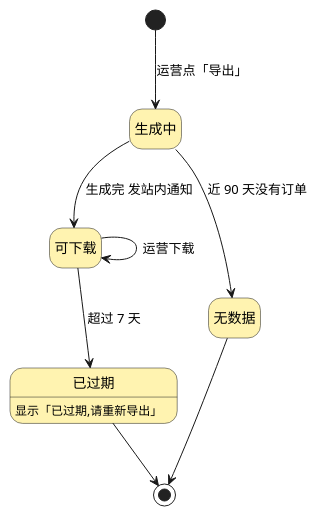
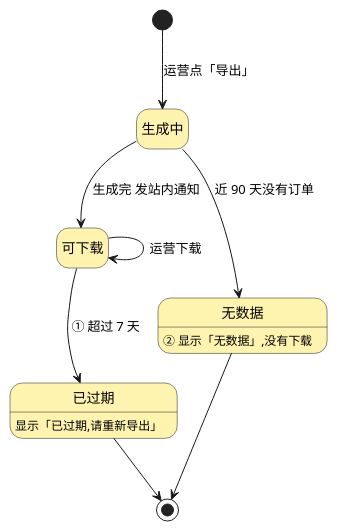
One commit to smdnkB/cgraphx changed diagram 11 of 11 in docs/features/2026-10-31-流程中澄清环节的功能点展示模式探索/流程中澄清环节的功能点展示模式探索-spec.md. Above: the diagram before and after it, drawn with PlantUML. The commit also changed other lines of this file, not shown here.

````diff
--- a/docs/features/2026-10-31-流程中澄清环节的功能点展示模式探索/流程中澄清环节的功能点展示模式探索-spec.md
+++ b/docs/features/2026-10-31-流程中澄清环节的功能点展示模式探索/流程中澄清环节的功能点展示模式探索-spec.md
@@ -613,24 +624,25 @@
 ```plantuml
 @startuml
 skinparam backgroundColor #FFFFFF
 skinparam state {
   BackgroundColor #F1F1F1
   BorderColor #181818
   FontColor #000000
   ArrowColor #181818
 }
 hide empty description
 state "生成中" as S1 #FFF3B0
 state "可下载" as S2 #FFF3B0
 state "已过期" as S3 #FFF3B0
 S3 : 显示「已过期,请重新导出」
 state "无数据" as S4 #FFF3B0
+S4 : ② 显示「无数据」,没有下载
 [*] --> S1 : 运营点「导出」
 S1 --> S2 : 生成完 发站内通知
 S1 --> S4 : 近 90 天没有订单
-S2 --> S3 : 超过 7 天
+S2 --> S3 : ① 超过 7 天
 S2 --> S2 : 运营下载
 S4 --> [*]
 S3 --> [*]
 @enduml
 ```
````
